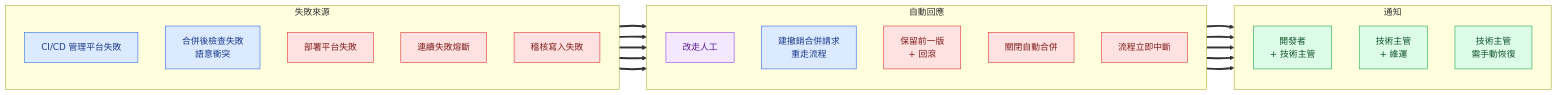
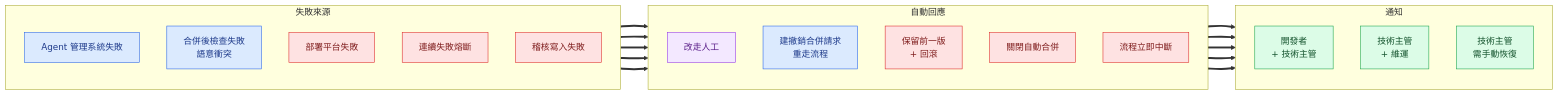
The fourth of 4 diagrams in Architecture/Auto-CI-CD/workflow-v1.1/workflow-v1.1.md (Jiaye-DF/AI-Spec), drawn with Mermaid before and after one commit. The commit also changed other lines of this file and 3 other files, not shown here.

````diff
--- a/Architecture/Auto-CI-CD/workflow-v1.1/workflow-v1.1.md
+++ b/Architecture/Auto-CI-CD/workflow-v1.1/workflow-v1.1.md
@@ -587,39 +587,39 @@
 ```mermaid
 %%{init: {'flowchart': {'htmlLabels': true, 'curve': 'basis'}} }%%
 flowchart LR
   subgraph F[失敗來源]
     direction TB
-    F1[CI/CD 管理平台失敗]:::it
+    F1[Agent 管理系統失敗]:::it
     F2[合併後檢查失敗<br>語意衝突]:::it
     F3[部署平台失敗]:::critical
     F4[連續失敗熔斷]:::critical
     F5[稽核寫入失敗]:::critical
   end
 
   subgraph R[自動回應]
     direction TB
     R1[改走人工]:::shared
     R2[建撤銷合併請求<br>重走流程]:::it
     R3[保留前一版<br>+ 回滾]:::critical
     R4[關閉自動合併]:::critical
     R5[流程立即中斷]:::critical
   end
 
   subgraph N[通知]
     direction TB
     N1[開發者<br>+ 技術主管]:::user
     N2[技術主管<br>+ 維運]:::user
     N3[技術主管<br>需手動恢復]:::user
   end
 
   F1 ==> R1 ==> N1
   F2 ==> R2 ==> N1
   F3 ==> R3 ==> N2
   F4 ==> R4 ==> N3
   F5 ==> R5 ==> N2
 
   classDef user fill:#dcfce7,stroke:#16a34a,color:#14532d
   classDef it fill:#dbeafe,stroke:#2563eb,color:#1e3a8a
   classDef shared fill:#f3e8ff,stroke:#9333ea,color:#581c87
   classDef critical fill:#fee2e2,stroke:#dc2626,color:#7f1d1d
 ```
````
